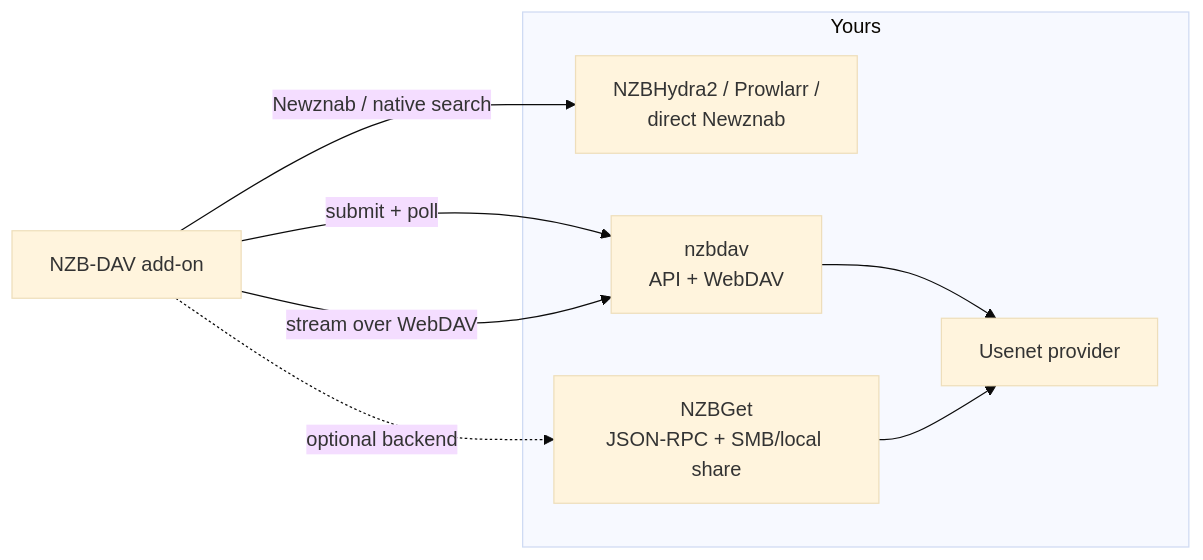
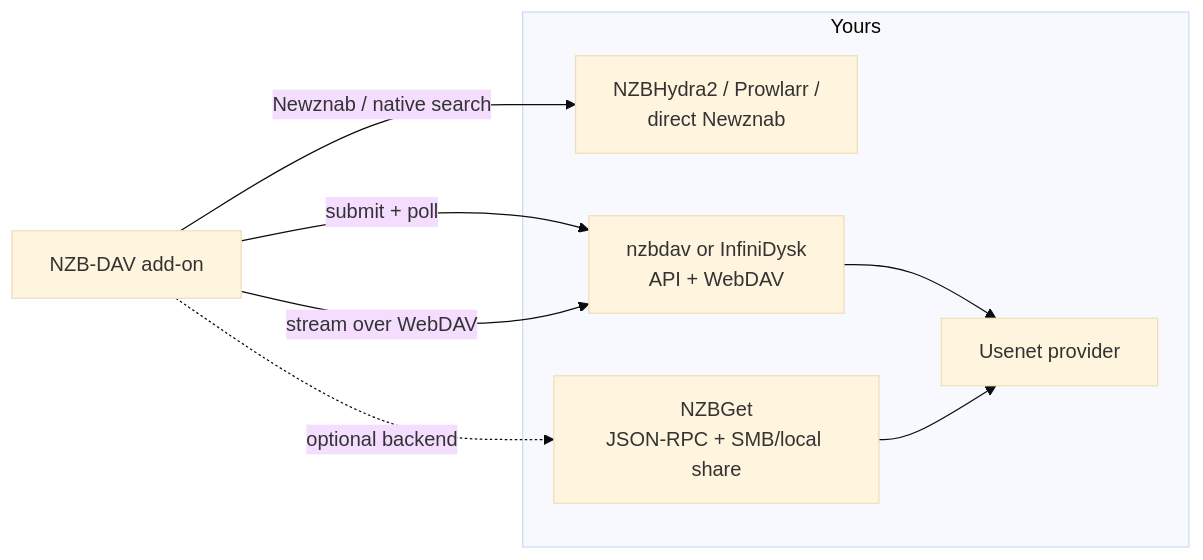
Before and after one commit to Appz4Fun/nzbdavkodi: the third of 3 diagrams in docs-site/how-it-works/architecture.md, drawn with Mermaid (base theme). The commit also changed other lines of this file and 8 other files, not shown here.

````diff
--- a/docs-site/how-it-works/architecture.md
+++ b/docs-site/how-it-works/architecture.md
@@ -156,15 +160,15 @@
 ```mermaid
 flowchart LR
     subgraph Yours
         H[NZBHydra2 / Prowlarr /<br/>direct Newznab]
-        ND[nzbdav<br/>API + WebDAV]
+        ND[nzbdav or InfiniDysk<br/>API + WebDAV]
         NG[NZBGet<br/>JSON-RPC + SMB/local share]
         US[Usenet provider]
     end
     A[NZB-DAV add-on] -->|Newznab / native search| H
     A -->|submit + poll| ND
     A -->|stream over WebDAV| ND
     A -.->|optional backend| NG
     ND --> US
     NG --> US
 ```
````
